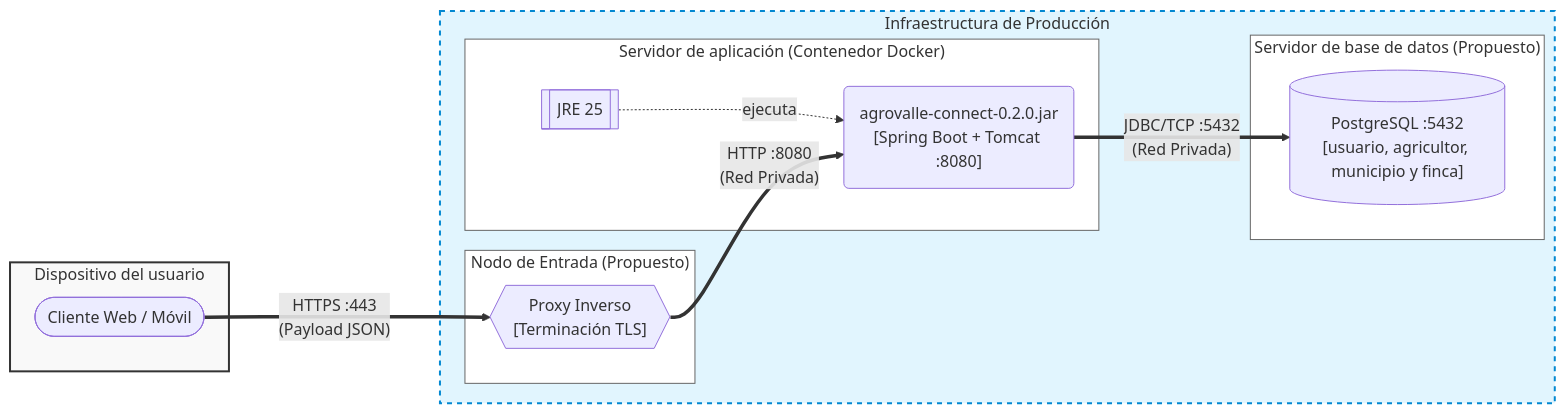
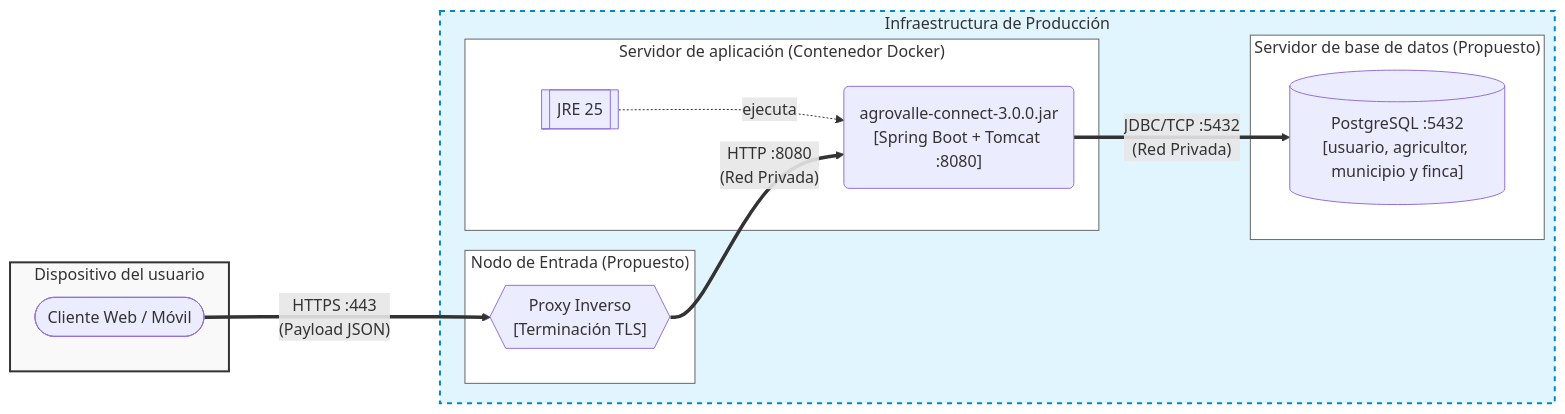
One commit to Angel-uniajc/AgrovalleConnect changed the first of 2 diagrams in docs/diseno/diagrama_de_despliegue.md. Above: the diagram before and after it, drawn with Mermaid. The commit also changed other lines of this file and 1 other file, not shown here.

````diff
--- a/docs/diseno/diagrama_de_despliegue.md
+++ b/docs/diseno/diagrama_de_despliegue.md
@@ -29,33 +29,33 @@
 ```mermaid
 flowchart LR
     subgraph EXTERNO ["Dispositivo del usuario"]
         APP(["Cliente Web / Móvil"])
     end
 
     subgraph NUBE ["Infraestructura de Producción"]
         subgraph ENTRADA ["Nodo de Entrada (Propuesto)"]
             PROXY{{"Proxy Inverso\n[Terminación TLS]"}}
         end
 
         subgraph DOCKER ["Servidor de aplicación (Contenedor Docker)"]
             JRE[["JRE 25"]]
-            JAR("agrovalle-connect-0.2.0.jar\n[Spring Boot + Tomcat :8080]")
+            JAR("agrovalle-connect-3.0.0.jar\n[Spring Boot + Tomcat :8080]")
             JRE -.->|ejecuta| JAR
         end
 
         subgraph DB_SERVER ["Servidor de base de datos (Propuesto)"]
             PG[("PostgreSQL :5432\n[usuario, agricultor, municipio y finca]")]
         end
         
         PROXY ==>|"HTTP :8080\n(Red Privada)"| JAR
         JAR ==>|"JDBC/TCP :5432\n(Red Privada)"| PG
     end
 
     APP ===>|"HTTPS :443\n(Payload JSON)"| PROXY
     
     style EXTERNO fill:#f9f9f9,stroke:#333,stroke-width:2px
     style NUBE fill:#e1f5fe,stroke:#0288d1,stroke-width:2px,stroke-dasharray: 5 5
     style ENTRADA fill:#ffffff,stroke:#666
     style DOCKER fill:#ffffff,stroke:#666
     style DB_SERVER fill:#ffffff,stroke:#666
 ```
````
